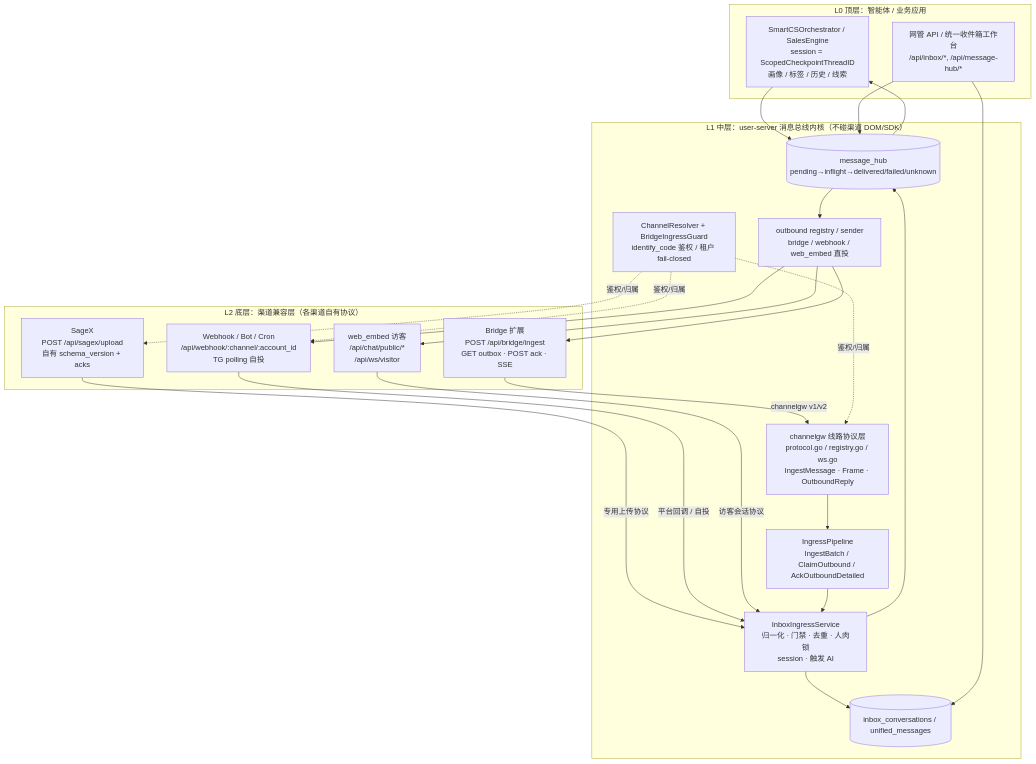
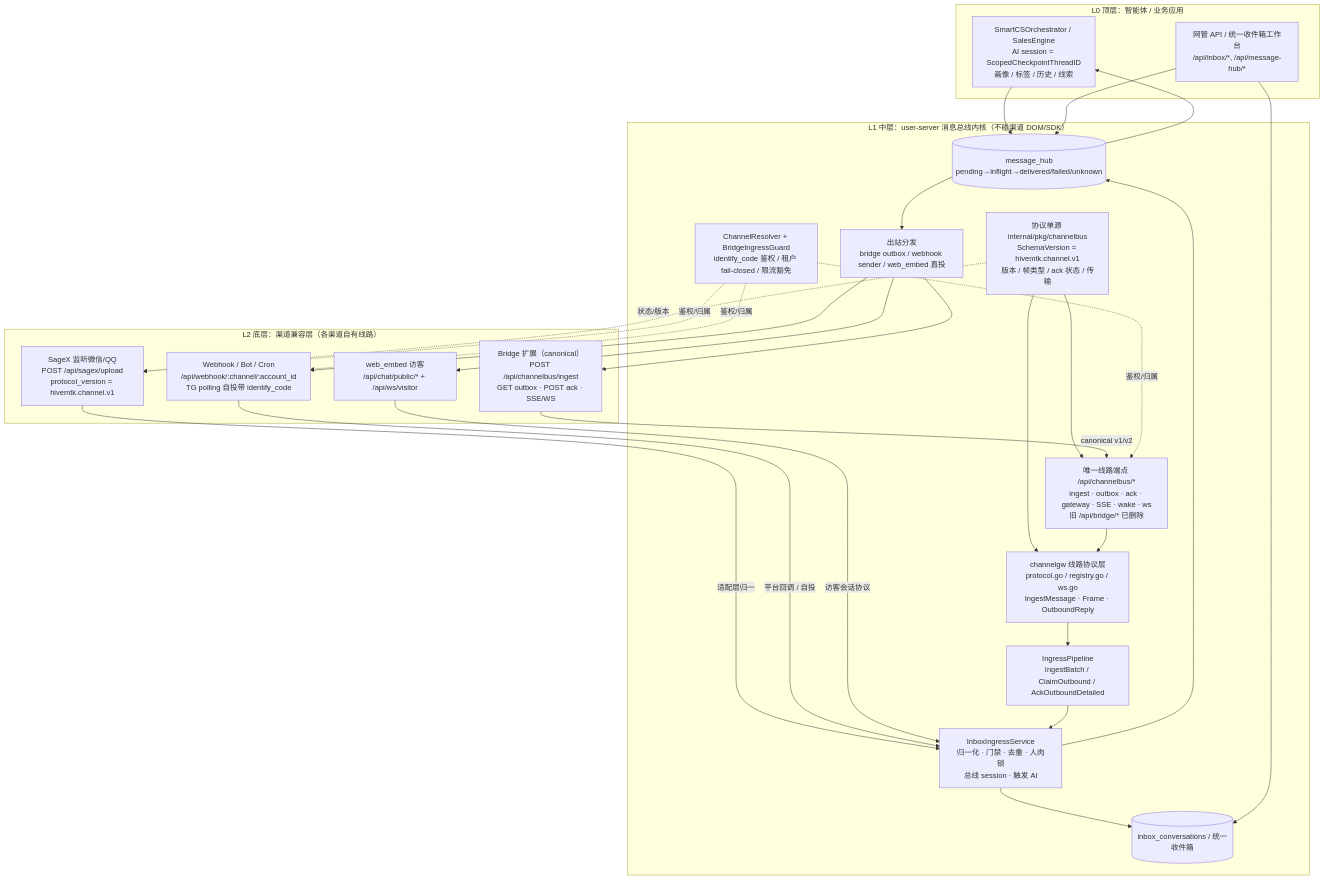
One commit to xiaofang142/hivemtk changed the first of 5 diagrams in docs/architecture/UNIFIED_CHANNEL_MESSAGE_BUS.md. Above: the diagram before and after it, drawn with Mermaid. The commit also changed other lines of this file and 35 other files, not shown here.

````diff
--- a/docs/architecture/UNIFIED_CHANNEL_MESSAGE_BUS.md
+++ b/docs/architecture/UNIFIED_CHANNEL_MESSAGE_BUS.md
@@ -35,43 +35,49 @@
 ```mermaid
 flowchart TB
     subgraph L0["L0 顶层：智能体 / 业务应用"]
-        AI["SmartCSOrchestrator / SalesEngine<br/>session = ScopedCheckpointThreadID<br/>画像 / 标签 / 历史 / 线索"]
+        AI["SmartCSOrchestrator / SalesEngine<br/>AI session = ScopedCheckpointThreadID<br/>画像 / 标签 / 历史 / 线索"]
         OPS["网管 API / 统一收件箱工作台<br/>/api/inbox/*, /api/message-hub/*"]
     end
 
     subgraph L1["L1 中层：user-server 消息总线内核（不碰渠道 DOM/SDK）"]
+        CB["协议单源 internal/pkg/channelbus<br/>SchemaVersion = hivemtk.channel.v1<br/>版本 / 帧类型 / ack 状态 / 传输"]
+        CANON["唯一线路端点 /api/channelbus/*<br/>ingest · outbox · ack · gateway · SSE · wake · ws<br/>旧 /api/bridge/* 已删除"]
         PROTO["channelgw 线路协议层<br/>protocol.go / registry.go / ws.go<br/>IngestMessage · Frame · OutboundReply"]
+        AUTH["ChannelResolver + BridgeIngressGuard<br/>identify_code 鉴权 / 租户 fail-closed / 限流豁免"]
         PIPE["IngressPipeline<br/>IngestBatch / ClaimOutbound / AckOutboundDetailed"]
-        ING["InboxIngressService<br/>归一化 · 门禁 · 去重 · 人肉锁<br/>session · 触发 AI"]
+        ING["InboxIngressService<br/>归一化 · 门禁 · 去重 · 人肉锁<br/>总线 session · 触发 AI"]
         HUB[("message_hub<br/>pending→inflight→delivered/failed/unknown")]
-        INBOX[("inbox_conversations / unified_messages")]
-        IDENT["ChannelResolver + BridgeIngressGuard<br/>identify_code 鉴权 / 租户 fail-closed"]
-        OUT["outbound registry / sender<br/>bridge / webhook / web_embed 直投"]
+        INBOX[("inbox_conversations / 统一收件箱")]
+        OUT["出站分发<br/>bridge outbox / webhook sender / web_embed 直投"]
     end
 
-    subgraph L2["L2 底层：渠道兼容层（各渠道自有协议）"]
-        BR["Bridge 扩展<br/>POST /api/bridge/ingest<br/>GET outbox · POST ack · SSE"]
-        SX["SageX<br/>POST /api/sagex/upload<br/>自有 schema_version + acks"]
-        WH["Webhook / Bot / Cron<br/>/api/webhook/:channel/:account_id<br/>TG polling 自投"]
-        EM["web_embed 访客<br/>/api/chat/public/*<br/>/api/ws/visitor"]
+    subgraph L2["L2 底层：渠道兼容层（各渠道自有线路）"]
+        BR["Bridge 扩展（canonical）<br/>POST /api/channelbus/ingest<br/>GET outbox · POST ack · SSE/WS"]
+        SX["SageX 监听微信/QQ<br/>POST /api/sagex/upload<br/>protocol_version = hivemtk.channel.v1"]
+        WH["Webhook / Bot / Cron<br/>/api/webhook/:channel/:account_id<br/>TG polling 自投带 identify_code"]
+        EM["web_embed 访客<br/>/api/chat/public/* + /api/ws/visitor"]
     end
 
-    BR -->|channelgw v1/v2| PROTO
-    SX -->|专用上传协议| ING
+    CB --> CANON
+    CB --> PROTO
+    CB -. 状态/版本 .-> SX
+    BR -->|canonical v1/v2| CANON
+    CANON --> PROTO
+    SX -->|适配层归一| ING
     WH -->|平台回调 / 自投| ING
     EM -->|访客会话协议| ING
+    AUTH -. 鉴权/归属 .-> CANON
+    AUTH -. 鉴权/归属 .-> SX
+    AUTH -. 鉴权/归属 .-> WH
     PROTO --> PIPE --> ING
     ING --> HUB
     ING --> INBOX
-    IDENT -.鉴权/归属.-> PROTO
-    IDENT -.鉴权/归属.-> SX
-    IDENT -.鉴权/归属.-> WH
     HUB --> OUT
     OUT --> BR
     OUT --> WH
     OUT --> EM
     HUB --> AI
     AI --> HUB
     OPS --> HUB
     OPS --> INBOX
 ```
````
